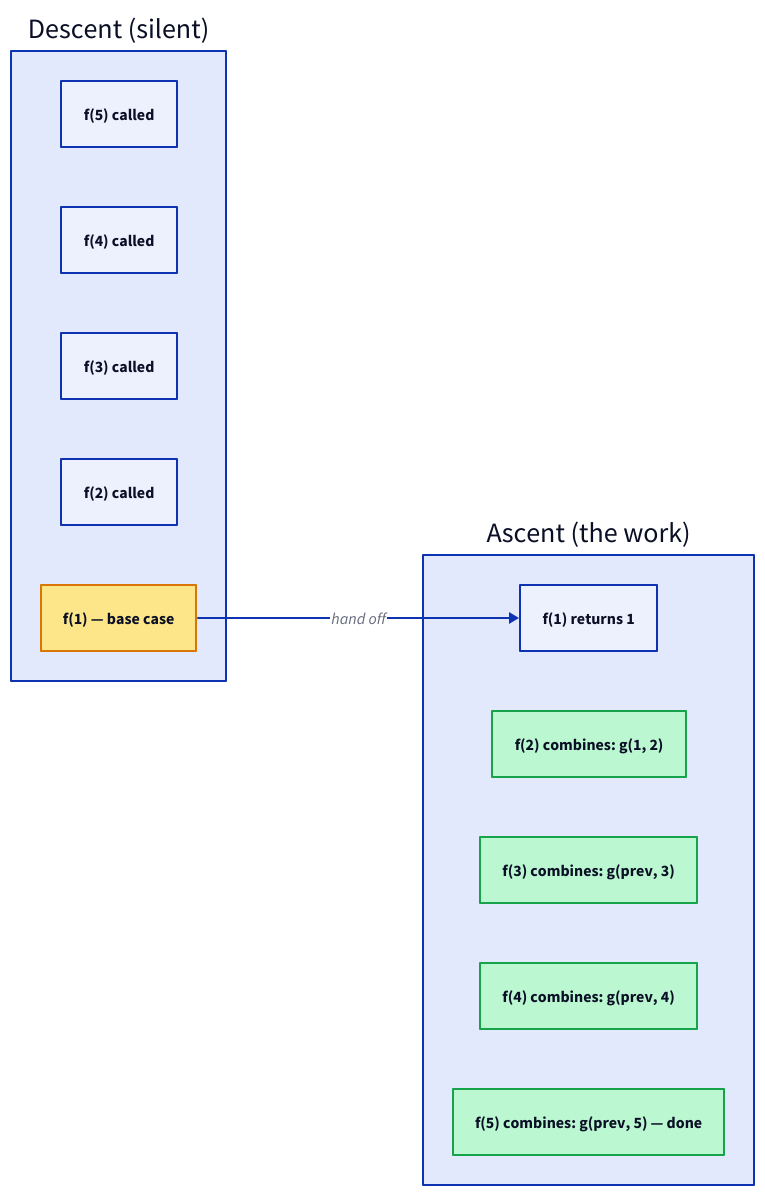
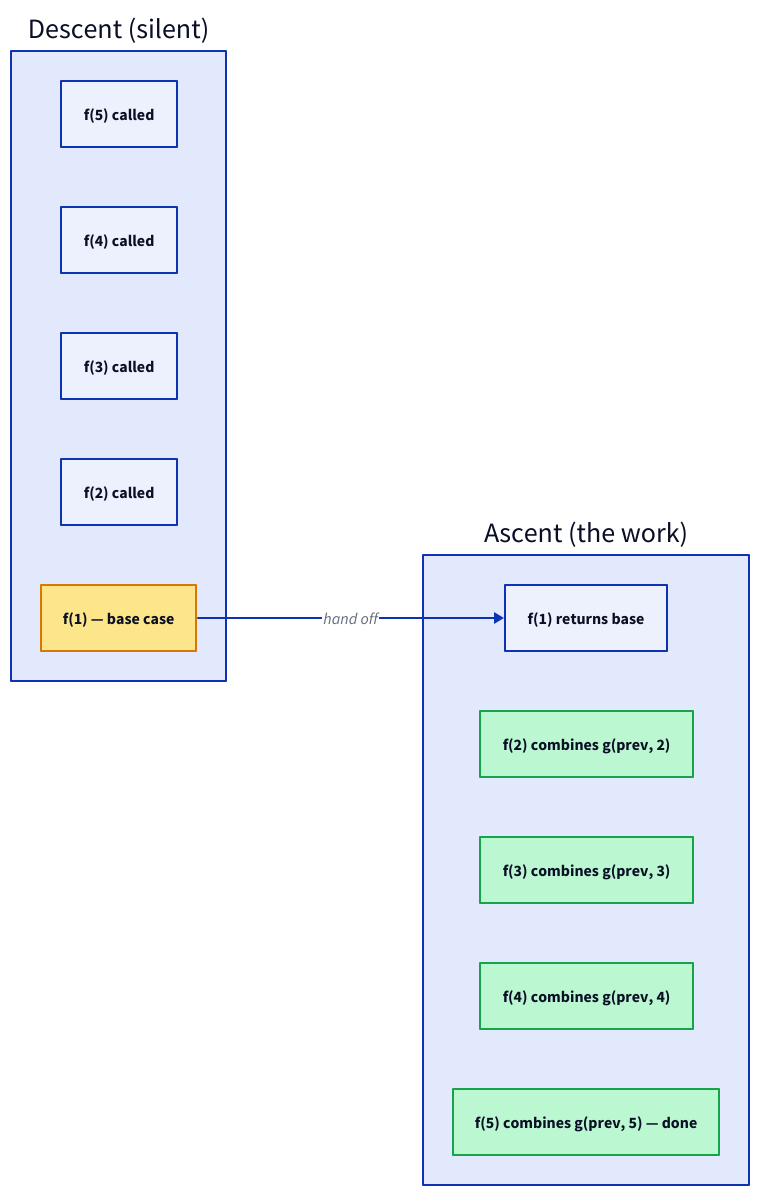
Before and after one commit to ani2fun/codefolio: the second of 2 diagrams in content/cortex/data-structures-and-algorithms/05-algorithms-by-strategy/01-recursion/05-pattern-head-recursion/01-pattern.md, drawn with D2. The commit also changed other lines of this file and 1049 other files, not shown here.

````diff
--- a/content/cortex/data-structures-and-algorithms/05-algorithms-by-strategy/01-recursion/05-pattern-head-recursion/01-pattern.md
+++ b/content/cortex/data-structures-and-algorithms/05-algorithms-by-strategy/01-recursion/05-pattern-head-recursion/01-pattern.md
@@ -92,21 +81,21 @@
 ```d2
 direction: right
 
 descent: "Descent (silent)" {
   d1: "f(5) called"
   d2: "f(4) called"
   d3: "f(3) called"
   d4: "f(2) called"
   d5: "f(1) — base case" {style.fill: "#fde68a"; style.stroke: "#d97706"}
 }
 
 ascent: "Ascent (the work)" {
-  a1: "f(1) returns 1"
-  a2: "f(2) combines: g(1, 2)" {style.fill: "#bbf7d0"; style.stroke: "#16a34a"}
-  a3: "f(3) combines: g(prev, 3)" {style.fill: "#bbf7d0"; style.stroke: "#16a34a"}
-  a4: "f(4) combines: g(prev, 4)" {style.fill: "#bbf7d0"; style.stroke: "#16a34a"}
-  a5: "f(5) combines: g(prev, 5) — done" {style.fill: "#bbf7d0"; style.stroke: "#16a34a"}
+  a1: "f(1) returns base"
+  a2: "f(2) combines g(prev, 2)" {style.fill: "#bbf7d0"; style.stroke: "#16a34a"}
+  a3: "f(3) combines g(prev, 3)" {style.fill: "#bbf7d0"; style.stroke: "#16a34a"}
+  a4: "f(4) combines g(prev, 4)" {style.fill: "#bbf7d0"; style.stroke: "#16a34a"}
+  a5: "f(5) combines g(prev, 5) — done" {style.fill: "#bbf7d0"; style.stroke: "#16a34a"}
 }
 
 descent.d5 -> ascent.a1: hand off
 ```
````
